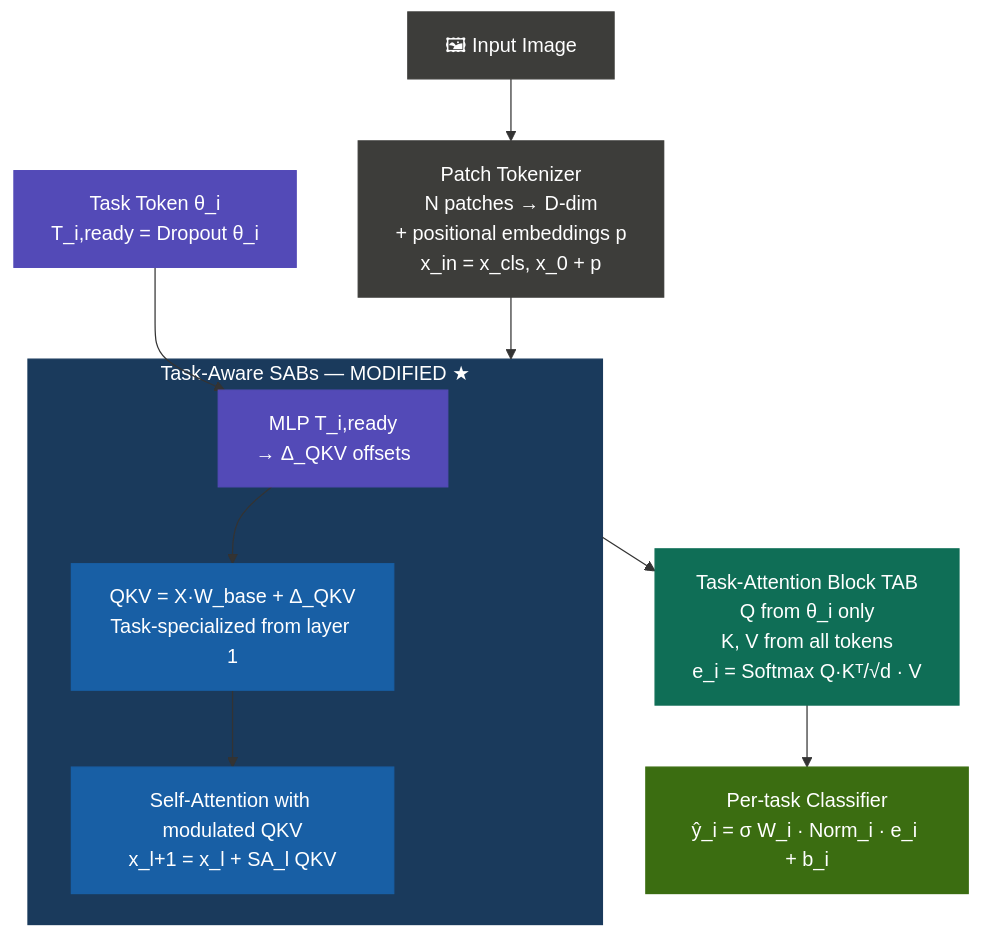
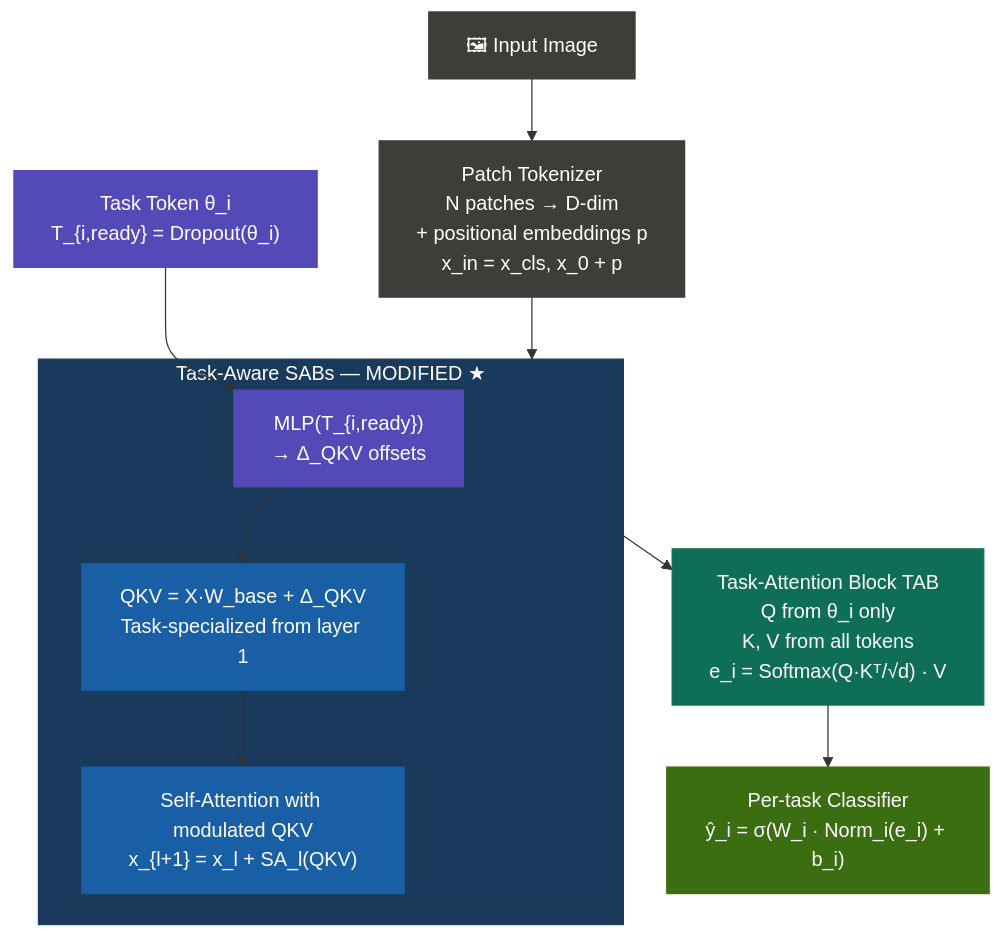
Before and after one commit to PranjalUpadhyay7/dytox_modification: the second of 4 diagrams in README.md, drawn with Mermaid. The commit also changed other lines of this file, not shown here.

Commit message:
docs: format mathematical formulas in markdown and mermaid charts

````diff
--- a/README.md
+++ b/README.md
@@ -91,29 +93,29 @@
 ```mermaid
 flowchart TD
     IMG["🖼 Input Image"] --> PATCH["Patch Tokenizer\nN patches → D-dim\n+ positional embeddings p\nx_in = x_cls, x_0 + p"]
 
-    TT["Task Token θ_i\nT_i,ready = Dropout θ_i"] --> MLP_OFFSET
+    TT["Task Token θ_i\nT_{i,ready} = Dropout(θ_i)"] --> MLP_OFFSET
 
     PATCH --> SAB_MOD
 
     subgraph SAB_MOD["Task-Aware SABs — MODIFIED ★"]
-        MLP_OFFSET["MLP T_i,ready\n→ Δ_QKV offsets"]
+        MLP_OFFSET["MLP(T_{i,ready})\n→ Δ_QKV offsets"]
         PROJ["QKV = X·W_base + Δ_QKV\nTask-specialized from layer 1"]
-        SA["Self-Attention with modulated QKV\nx_l+1 = x_l + SA_l QKV"]
+        SA["Self-Attention with modulated QKV\nx_{l+1} = x_l + SA_l(QKV)"]
         MLP_OFFSET --> PROJ --> SA
     end
 
-    SAB_MOD --> TAB["Task-Attention Block TAB\nQ from θ_i only\nK, V from all tokens\ne_i = Softmax Q·Kᵀ/√d · V"]
+    SAB_MOD --> TAB["Task-Attention Block TAB\nQ from θ_i only\nK, V from all tokens\ne_i = Softmax(Q·Kᵀ/√d) · V"]
 
-    TAB --> CLF["Per-task Classifier\nŷ_i = σ W_i · Norm_i · e_i + b_i"]
+    TAB --> CLF["Per-task Classifier\nŷ_i = σ(W_i · Norm_i(e_i) + b_i)"]
 
     style SAB_MOD fill:#1a3a5c,color:#fff,stroke:#1a3a5c
     style TT fill:#534AB7,color:#fff,stroke:#534AB7
     style MLP_OFFSET fill:#534AB7,color:#fff,stroke:#534AB7
     style PROJ fill:#185FA5,color:#fff,stroke:#185FA5
     style SA fill:#185FA5,color:#fff,stroke:#185FA5
     style TAB fill:#0F6E56,color:#fff,stroke:#0F6E56
     style CLF fill:#3B6D11,color:#fff,stroke:#3B6D11
     style IMG fill:#3d3d3a,color:#fff,stroke:#3d3d3a
     style PATCH fill:#3d3d3a,color:#fff,stroke:#3d3d3a
 ```
````
